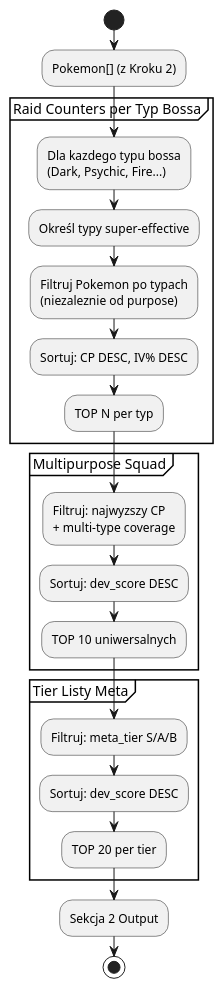
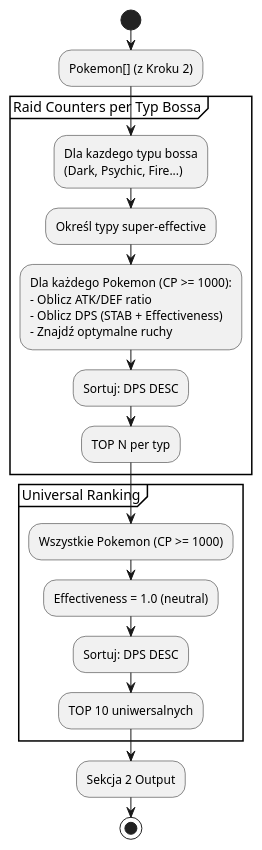
The fifth of 11 diagrams in docs/05-analiza.md (Adzikus/pokemon-go-analizer), drawn with PlantUML before and after one commit. The commit also changed other lines of this file and 13 other files, not shown here.

````diff
--- a/docs/05-analiza.md
+++ b/docs/05-analiza.md
@@ -980,36 +985,32 @@
 ```plantuml
 @startuml
 
 start
 
 :Pokemon[] (z Kroku 2);
 
 partition "Raid Counters per Typ Bossa" {
     :Dla kazdego typu bossa
     (Dark, Psychic, Fire...);
     :Określ typy super-effective;
-    :Filtruj Pokemon po typach
-    (niezaleznie od purpose);
-    :Sortuj: CP DESC, IV% DESC;
+    :Dla każdego Pokemon (CP >= 1000):
+    - Oblicz ATK/DEF ratio
+    - Oblicz DPS (STAB + Effectiveness)
+    - Znajdź optymalne ruchy;
+    :Sortuj: DPS DESC;
     :TOP N per typ;
 }
 
-partition "Multipurpose Squad" {
-    :Filtruj: najwyzszy CP
-    + multi-type coverage;
-    :Sortuj: dev_score DESC;
+partition "Universal Ranking" {
+    :Wszystkie Pokemon (CP >= 1000);
+    :Effectiveness = 1.0 (neutral);
+    :Sortuj: DPS DESC;
     :TOP 10 uniwersalnych;
-}
-
-partition "Tier Listy Meta" {
-    :Filtruj: meta_tier S/A/B;
-    :Sortuj: dev_score DESC;
-    :TOP 20 per tier;
 }
 
 :Sekcja 2 Output;
 
 stop
 
 @enduml
 ```
````
